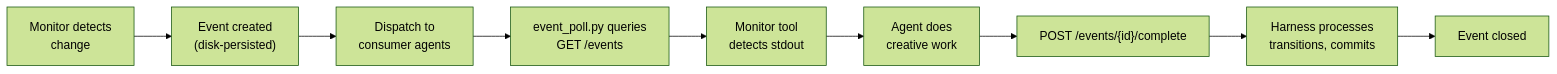
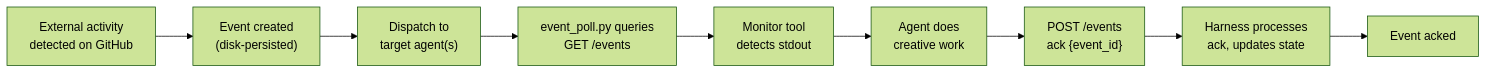
The fourth of 6 diagrams in .squidsquad/pm/planning/FEAT-PM-7630-PRD.md (WallyDoodlez/SquidSquad), drawn with Mermaid (forest theme) before and after one commit. The commit also changed other lines of this file, not shown here.

Commit message:
pm: #7630 — PRD v2: full rewrite with 5-event model, ack closure, external activity detector (35 consistency fixes applied)

````diff
--- a/.squidsquad/pm/planning/FEAT-PM-7630-PRD.md
+++ b/.squidsquad/pm/planning/FEAT-PM-7630-PRD.md
@@ -217,11 +218,11 @@
 ```mermaid
 graph LR
-    A["Monitor detects<br/>change"] --> B["Event created<br/>(disk-persisted)"]
-    B --> C["Dispatch to<br/>consumer agents"]
+    A["External activity<br/>detected on GitHub"] --> B["Event created<br/>(disk-persisted)"]
+    B --> C["Dispatch to<br/>target agent(s)"]
     C --> D["event_poll.py queries<br/>GET /events"]
     D --> E["Monitor tool<br/>detects stdout"]
     E --> F["Agent does<br/>creative work"]
-    F --> G["POST /events/{id}/complete"]
-    G --> H["Harness processes<br/>transitions, commits"]
-    H --> I["Event closed"]
+    F --> G["POST /events<br/>ack {event_id}"]
+    G --> H["Harness processes<br/>ack, updates state"]
+    H --> I["Event acked"]
 ```
````
